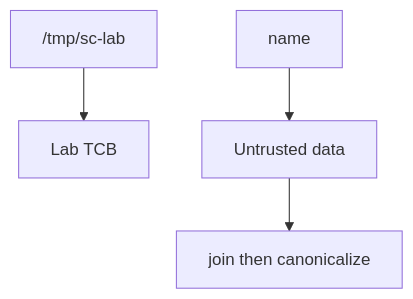
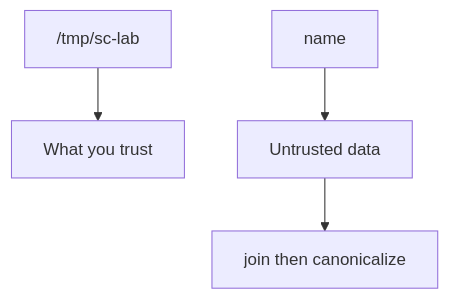
One commit to ishitvagoel/LearnSecurity changed the first of 2 diagrams in content/modules/6/6.4/lessons/02-model.md. Above: the diagram before and after it, drawn with Mermaid. The commit also changed other lines of this file and 55 other files, not shown here.

````diff
--- a/content/modules/6/6.4/lessons/02-model.md
+++ b/content/modules/6/6.4/lessons/02-model.md
@@ -15,6 +14,6 @@
 ```mermaid
 flowchart TD
-  Root["/tmp/sc-lab"] --> TCB[Lab TCB]
+  Root["/tmp/sc-lab"] --> TCB[What you trust]
   Name[name] --> Untrusted[Untrusted data]
   Untrusted --> Join[join then canonicalize]
 ```
````
